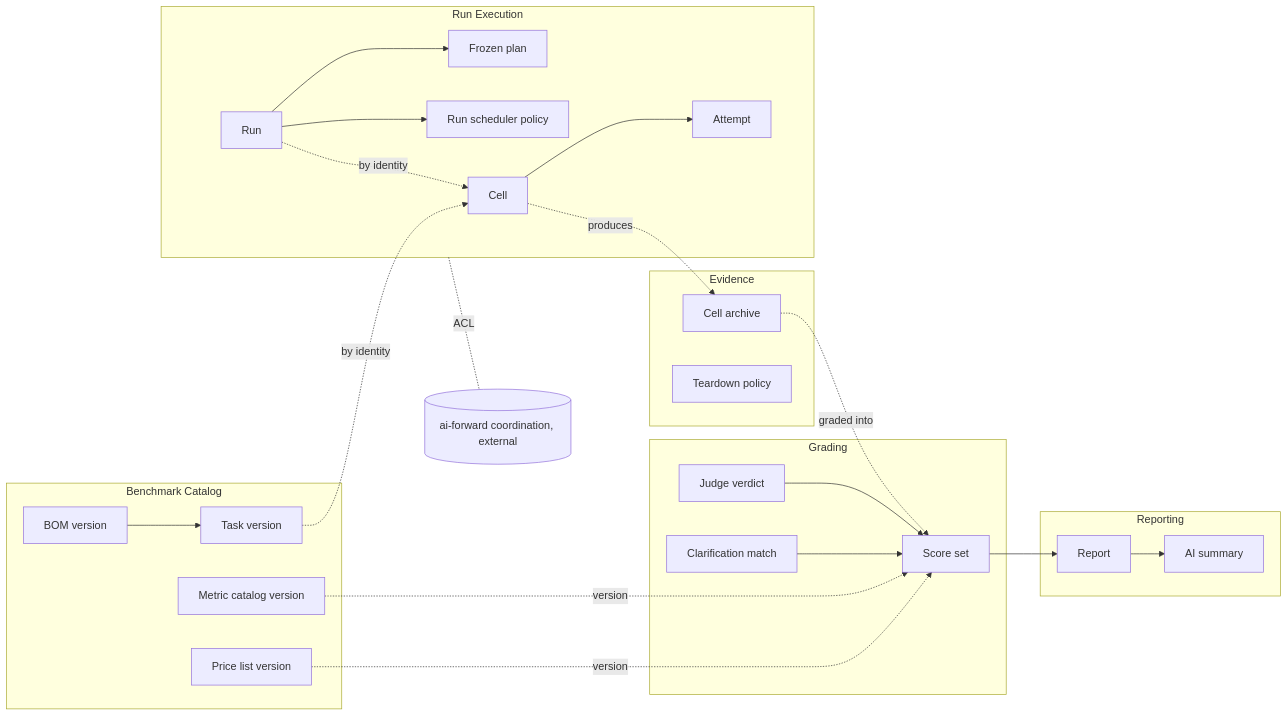
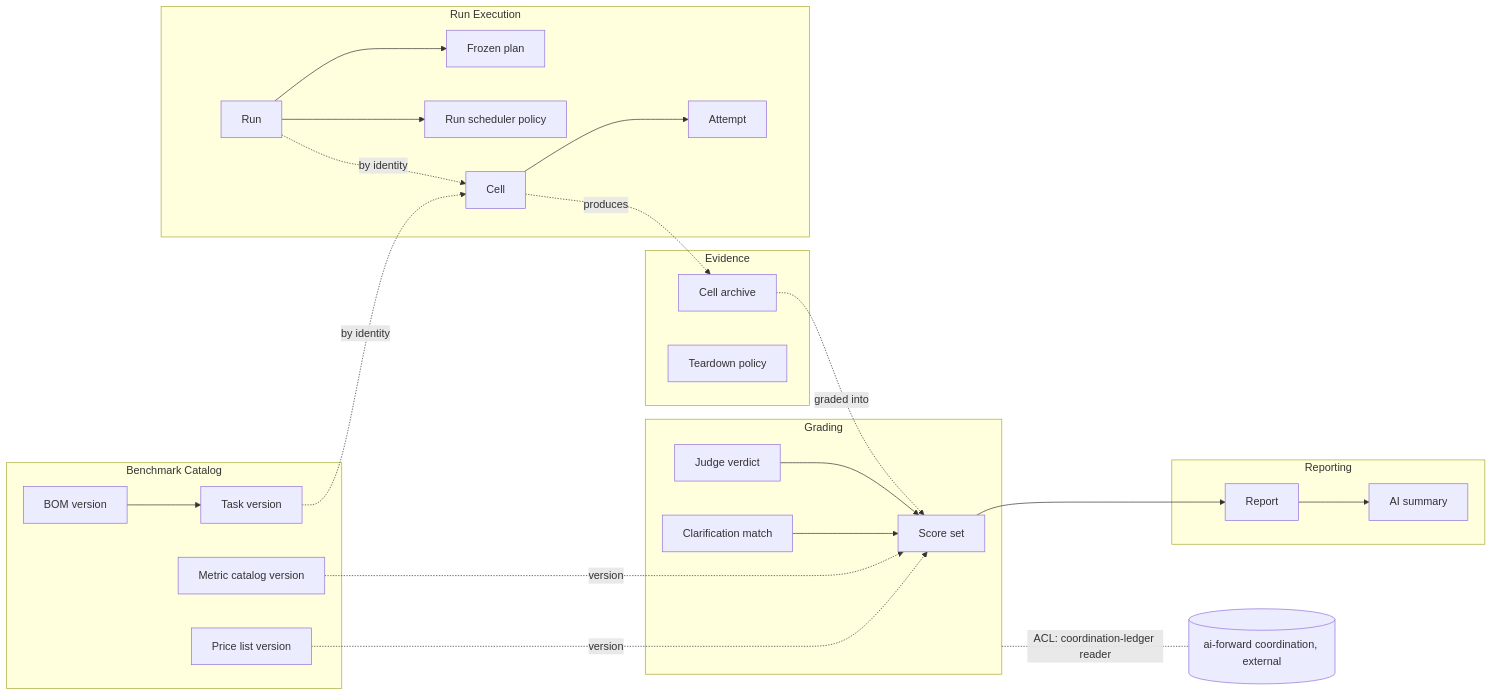
The first of 6 diagrams in docs/specs/harness-bench.md (timianmalloo/x-harness-x-model-bench), drawn with Mermaid before and after one commit. The commit also changed other lines of this file and 18 other files, not shown here.

First line of the commit message:
docs: architecture of record (S-02) with ADR-0001..0011, after spikes R1/R2/R11

````diff
--- a/docs/specs/harness-bench.md
+++ b/docs/specs/harness-bench.md
@@ -133,37 +133,37 @@
 ```mermaid
 flowchart LR
   subgraph Catalog["Benchmark Catalog"]
     BOM[BOM version] --> TV[Task version]
     MC[Metric catalog version]
     PL[Price list version]
   end
   subgraph Exec["Run Execution"]
     Run --> Plan[Frozen plan]
     Run --> Sched[Run scheduler policy]
     Cell --> Attempt
   end
   subgraph Ev["Evidence"]
     Arch[Cell archive]
     TD[Teardown policy]
   end
   subgraph Gr["Grading"]
     SS[Score set]
     JV[Judge verdict]
     CM[Clarification match]
   end
   subgraph Rep["Reporting"]
     Report
     Summary[AI summary]
   end
   TV -. by identity .-> Cell
   Run -. by identity .-> Cell
   Cell -. produces .-> Arch
   Arch -. graded into .-> SS
   MC -. version .-> SS
   PL -. version .-> SS
   JV --> SS
   CM --> SS
   SS --> Report
   Report --> Summary
-  Exec -. ACL .- Pack[(ai-forward coordination, external)]
+  Gr -. ACL: coordination-ledger reader .- Pack[(ai-forward coordination, external)]
 ```
````
